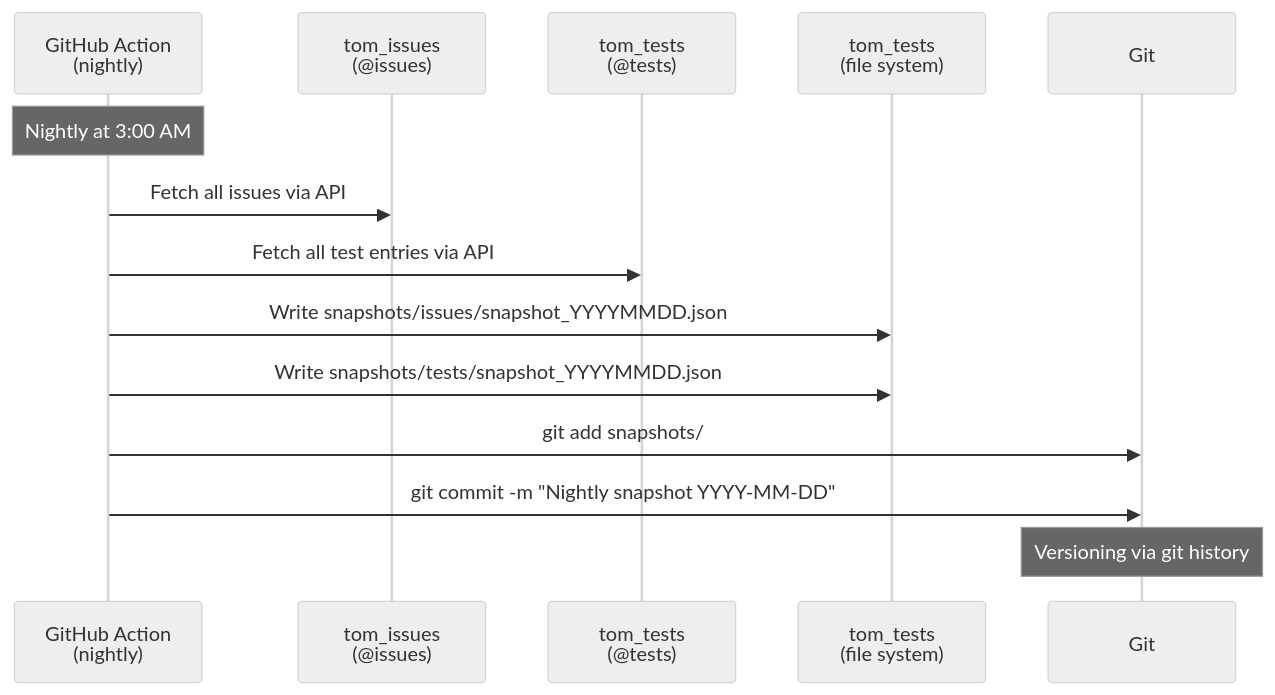
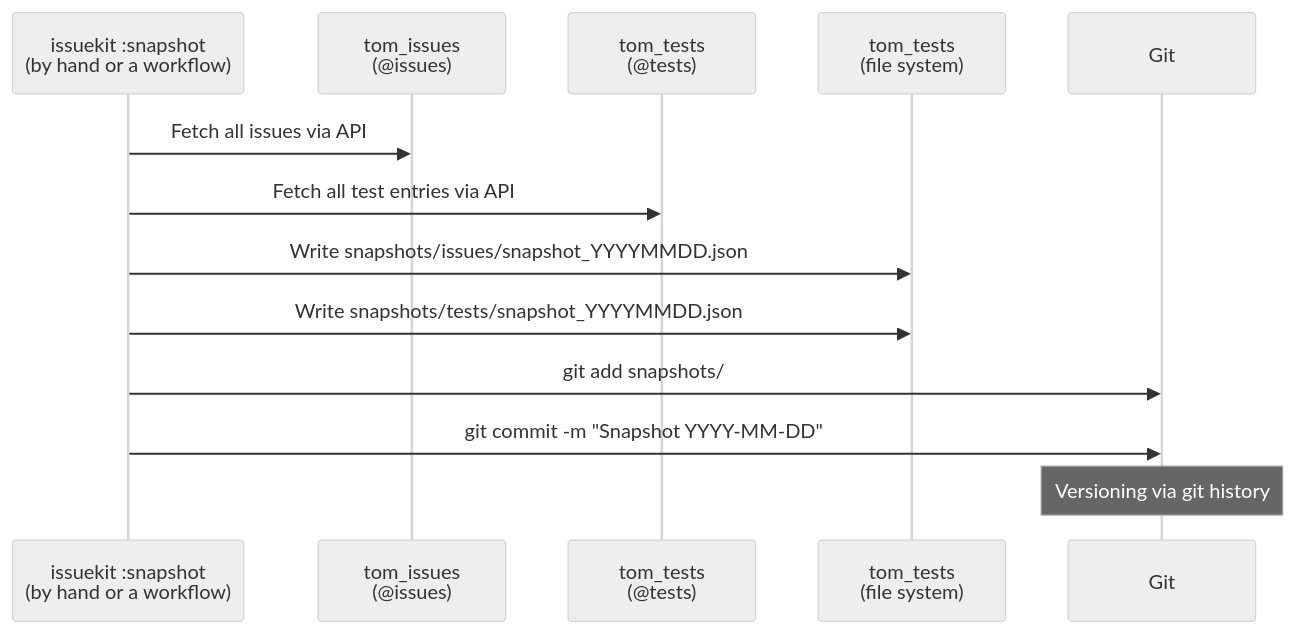
Before and after one commit to al-the-bear/tom_devops: diagram 30 of 37 in tom_issue_kit/doc/issuekit_command_reference.md, drawn with Mermaid (neutral theme). The commit also changed other lines of this file and 15 other files, not shown here.

````diff
--- a/tom_issue_kit/doc/issuekit_command_reference.md
+++ b/tom_issue_kit/doc/issuekit_command_reference.md
@@ -1675,17 +1680,16 @@
 ```mermaid
 sequenceDiagram
-    participant GA as GitHub Action<br/>(nightly)
+    participant GA as issuekit :snapshot<br/>(by hand or a workflow)
     participant GH1 as tom_issues<br/>(@issues)
     participant GH2 as tom_tests<br/>(@tests)
     participant FS as tom_tests<br/>(file system)
     participant GIT as Git
 
-    Note over GA: Nightly at 3:00 AM
     GA->>GH1: Fetch all issues via API
     GA->>GH2: Fetch all test entries via API
     GA->>FS: Write snapshots/issues/snapshot_YYYYMMDD.json
     GA->>FS: Write snapshots/tests/snapshot_YYYYMMDD.json
     GA->>GIT: git add snapshots/
-    GA->>GIT: git commit -m "Nightly snapshot YYYY-MM-DD"
+    GA->>GIT: git commit -m "Snapshot YYYY-MM-DD"
     Note over GIT: Versioning via git history
 ```
````
